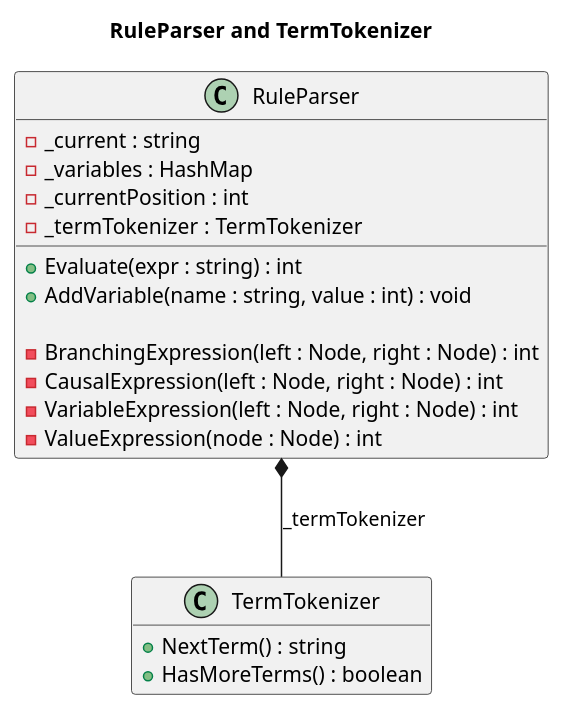
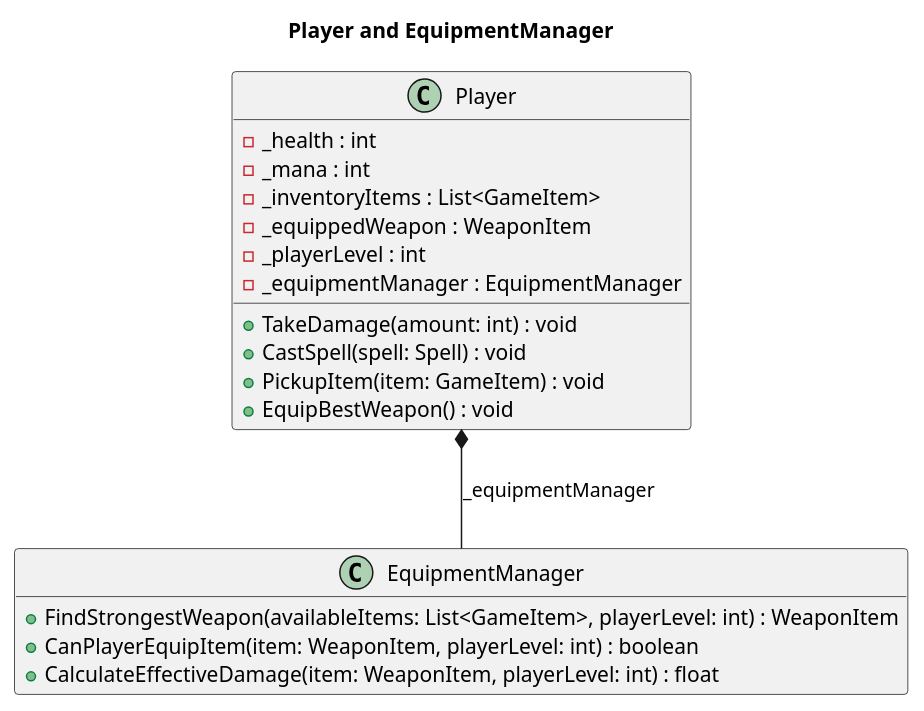
Before and after one commit to d-german/code-quality-design: the second of 3 diagrams in Writerside/topics/How-do-we-write-a-test-for-a-private-method.md, drawn with PlantUML. The commit also changed other lines of this file and 1 other file, not shown here.

Commit message:
Add quiz on test case design and refactor Player class to separate equipment management for improved SRP adherence and testability.

````diff
--- a/Writerside/topics/How-do-we-write-a-test-for-a-private-method.md
+++ b/Writerside/topics/How-do-we-write-a-test-for-a-private-method.md
@@ -60,34 +60,31 @@
 ```PlantUML
 @startuml
 
 hide empty members
 
-title "RuleParser and TermTokenizer"
+title "Player and EquipmentManager"
 
-class RuleParser {
-  - _current : string
-  - _variables : HashMap
-  - _currentPosition : int
-  - _termTokenizer : TermTokenizer
+class Player {
+  - _health : int
+  - _mana : int
+  - _inventoryItems : List<GameItem>
+  - _equippedWeapon : WeaponItem
+  - _playerLevel : int
+  - _equipmentManager : EquipmentManager
 
-  + Evaluate(expr : string) : int
-  + AddVariable(name : string, value : int) : void
-
-  - BranchingExpression(left : Node, right : Node) : int
-  - CausalExpression(left : Node, right : Node) : int
-  - VariableExpression(left : Node, right : Node) : int
-  - ValueExpression(node : Node) : int
+  + TakeDamage(amount: int) : void
+  + CastSpell(spell: Spell) : void
+  + PickupItem(item: GameItem) : void
+  + EquipBestWeapon() : void
 }
 
-class TermTokenizer {
-  + NextTerm() : string
-  + HasMoreTerms() : boolean
+class EquipmentManager {
+  + FindStrongestWeapon(availableItems: List<GameItem>, playerLevel: int) : WeaponItem
+  + CanPlayerEquipItem(item: WeaponItem, playerLevel: int) : boolean
+  + CalculateEffectiveDamage(item: WeaponItem, playerLevel: int) : float
 }
 
-RuleParser *-- TermTokenizer : _termTokenizer
+Player *-- EquipmentManager : _equipmentManager
 
 @enduml
-
-
-
 ```
````
